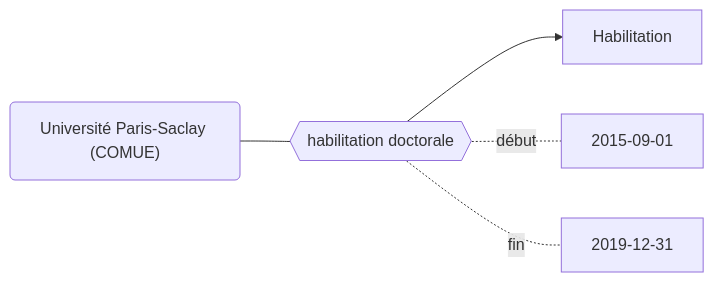
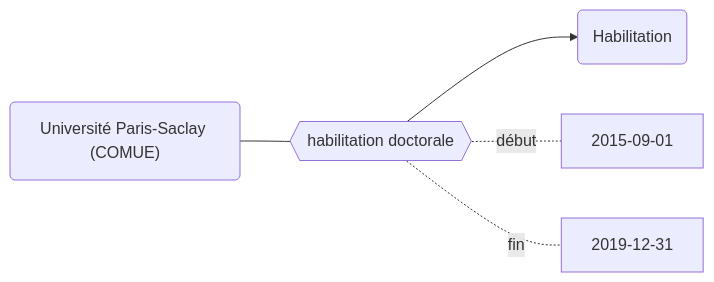
The second of 2 diagrams in docs/Modélisation Movies/Bornes chronologiques.md (abes-esr/movies-doc), drawn with Mermaid before and after one commit. The commit also changed 11 other files, not shown here.

````diff
--- a/docs/Modélisation Movies/Bornes chronologiques.md
+++ b/docs/Modélisation Movies/Bornes chronologiques.md
@@ -61,9 +61,9 @@
 ```mermaid
 graph LR
     SACL("Université Paris-Saclay (COMUE)")
     HAB{{habilitation doctorale}}
 
-    SACL --- HAB --> Habilitation
+    SACL --- HAB --> H(Habilitation)
     HAB-.-|début| 2015-09-01
     HAB-.-|fin| 2019-12-31
 ```
````
